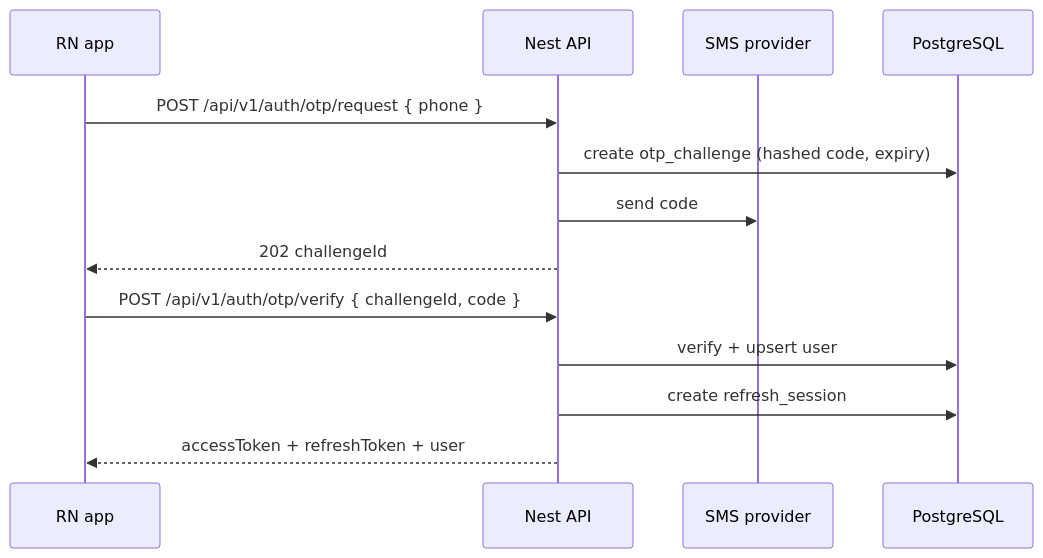
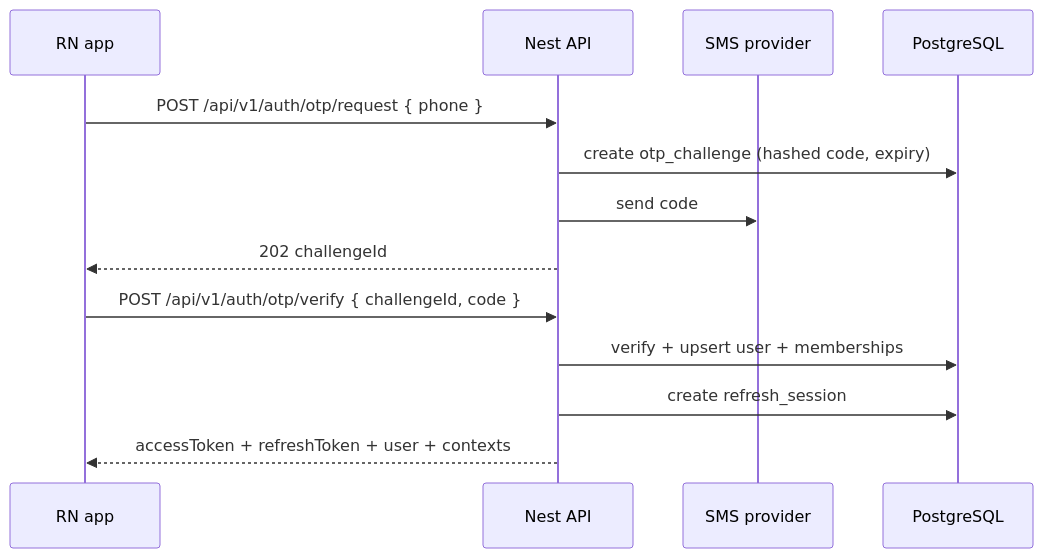
The diagram in PartonNewArch/backend/07-auth-security.md (suleymanoruc01/newStructure), drawn with Mermaid before and after one commit. The commit also changed other lines of this file and 159 other files, not shown here.

First line of the commit message:
docs: expand PartonNewArch into a production architecture set

````diff
--- a/PartonNewArch/backend/07-auth-security.md
+++ b/PartonNewArch/backend/07-auth-security.md
@@ -19,15 +25,15 @@
 ```mermaid
 sequenceDiagram
   participant App as RN app
   participant API as Nest API
   participant SMS as SMS provider
   participant DB as PostgreSQL
   App->>API: POST /api/v1/auth/otp/request { phone }
   API->>DB: create otp_challenge (hashed code, expiry)
   API->>SMS: send code
   API-->>App: 202 challengeId
   App->>API: POST /api/v1/auth/otp/verify { challengeId, code }
-  API->>DB: verify + upsert user
+  API->>DB: verify + upsert user + memberships
   API->>DB: create refresh_session
-  API-->>App: accessToken + refreshToken + user
+  API-->>App: accessToken + refreshToken + user + contexts
 ```
````
